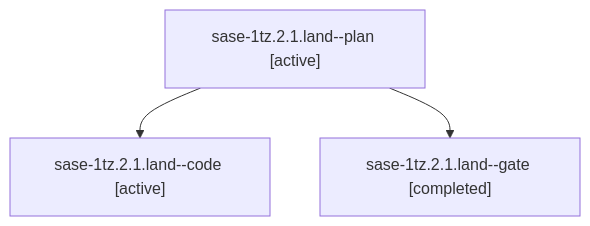
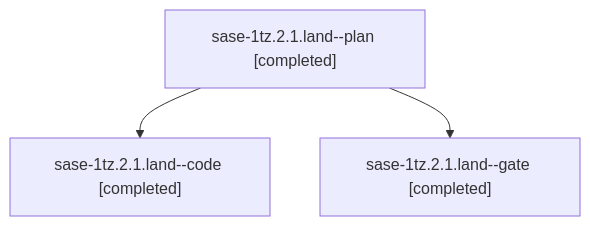
One commit to sase-org/sase--agents changed the diagram in sessions/bbugyi200.athena.sase-1tz.2.1.land.md. Above: the diagram before and after it, drawn with Mermaid. The commit also changed other lines of this file and 63 other files, not shown here.

````diff
--- a/sessions/bbugyi200.athena.sase-1tz.2.1.land.md
+++ b/sessions/bbugyi200.athena.sase-1tz.2.1.land.md
@@ -9,8 +9,8 @@
 ```mermaid
 flowchart TD
-  n0["sase-1tz.2.1.land--plan [active]"]
-  n1["sase-1tz.2.1.land--code [active]"]
+  n0["sase-1tz.2.1.land--plan [completed]"]
+  n1["sase-1tz.2.1.land--code [completed]"]
   n0 --> n1
   n2["sase-1tz.2.1.land--gate [completed]"]
   n0 --> n2
 ```
````
